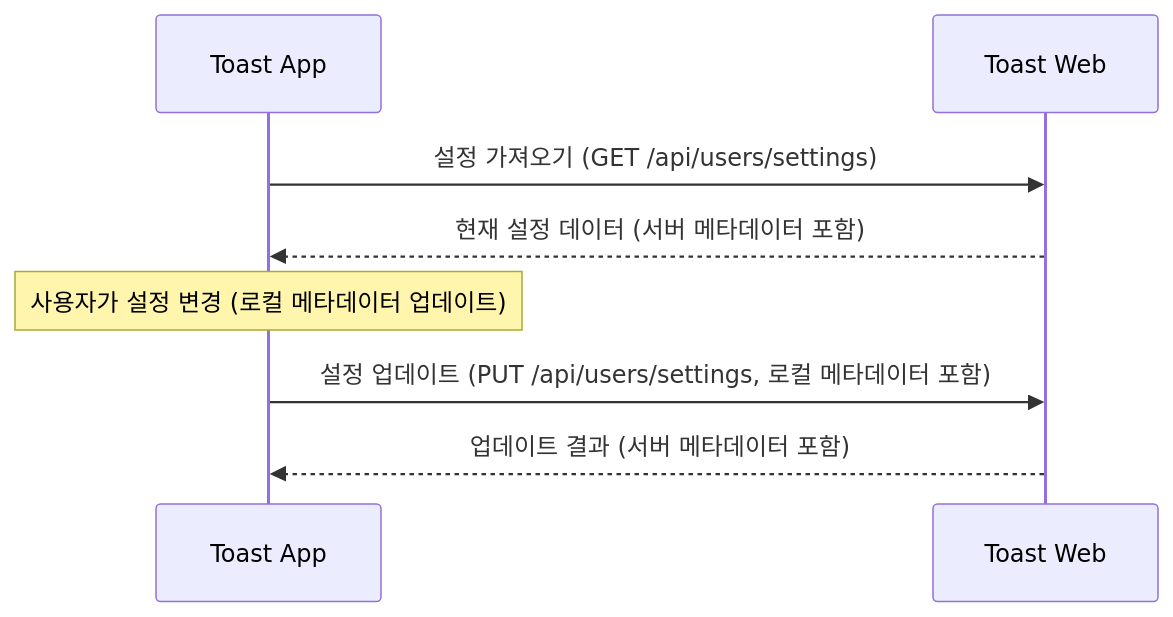
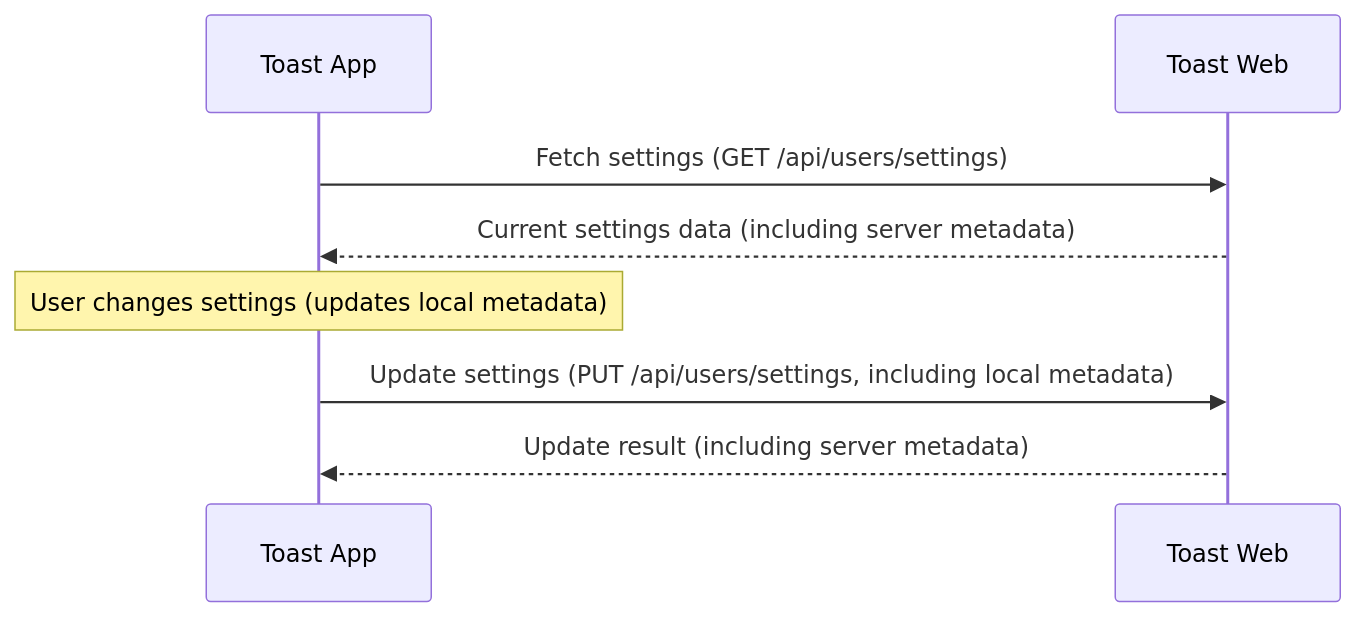
Before and after one commit to opspresso/toast-app: the diagram in docs/features/cloud-sync.md, drawn with Mermaid. The commit also changed other lines of this file and 111 other files, not shown here.

````diff
--- a/docs/features/cloud-sync.md
+++ b/docs/features/cloud-sync.md
@@ -131,10 +131,10 @@
 ```mermaid
 sequenceDiagram
-    Toast App->>Toast Web: 설정 가져오기 (GET /api/users/settings)
-    Toast Web-->>Toast App: 현재 설정 데이터 (서버 메타데이터 포함)
+    Toast App->>Toast Web: Fetch settings (GET /api/users/settings)
+    Toast Web-->>Toast App: Current settings data (including server metadata)
 
-    Note over Toast App: 사용자가 설정 변경 (로컬 메타데이터 업데이트)
+    Note over Toast App: User changes settings (updates local metadata)
 
-    Toast App->>Toast Web: 설정 업데이트 (PUT /api/users/settings, 로컬 메타데이터 포함)
-    Toast Web-->>Toast App: 업데이트 결과 (서버 메타데이터 포함)
+    Toast App->>Toast Web: Update settings (PUT /api/users/settings, including local metadata)
+    Toast Web-->>Toast App: Update result (including server metadata)
 ```
````
